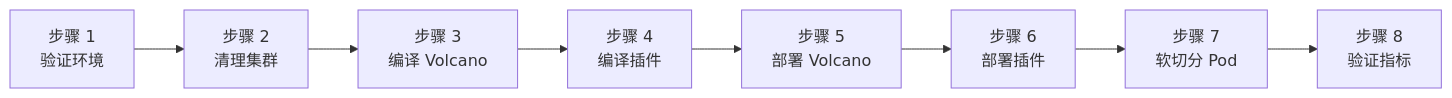
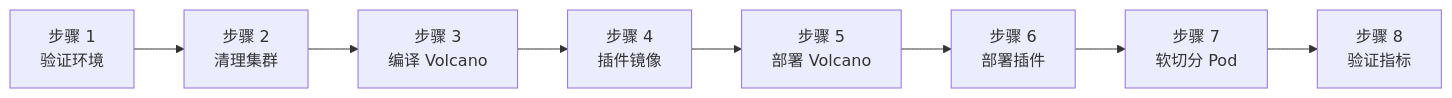
One commit to Project-HAMi/website changed the diagram in i18n/zh/docusaurus-plugin-content-docs-tutorials/current/labs/volcano-ascend-vnpu.md. Above: the diagram before and after it, drawn with Mermaid. The commit also changed other lines of this file and 4 other files, not shown here.

````diff
--- a/i18n/zh/docusaurus-plugin-content-docs-tutorials/current/labs/volcano-ascend-vnpu.md
+++ b/i18n/zh/docusaurus-plugin-content-docs-tutorials/current/labs/volcano-ascend-vnpu.md
@@ -44,11 +44,11 @@
 ```mermaid
 %% title: Volcano + HAMi-core 昇腾 vNPU 软切分实验流程
 flowchart LR
     S1["步骤 1<br/>验证环境"] --> S2["步骤 2<br/>清理集群"]
     S2 --> S3["步骤 3<br/>编译 Volcano"]
-    S3 --> S4["步骤 4<br/>编译插件"]
+    S3 --> S4["步骤 4<br/>插件镜像"]
     S4 --> S5["步骤 5<br/>部署 Volcano"]
     S5 --> S6["步骤 6<br/>部署插件"]
     S6 --> S7["步骤 7<br/>软切分 Pod"]
     S7 --> S8["步骤 8<br/>验证指标"]
 ```
````
